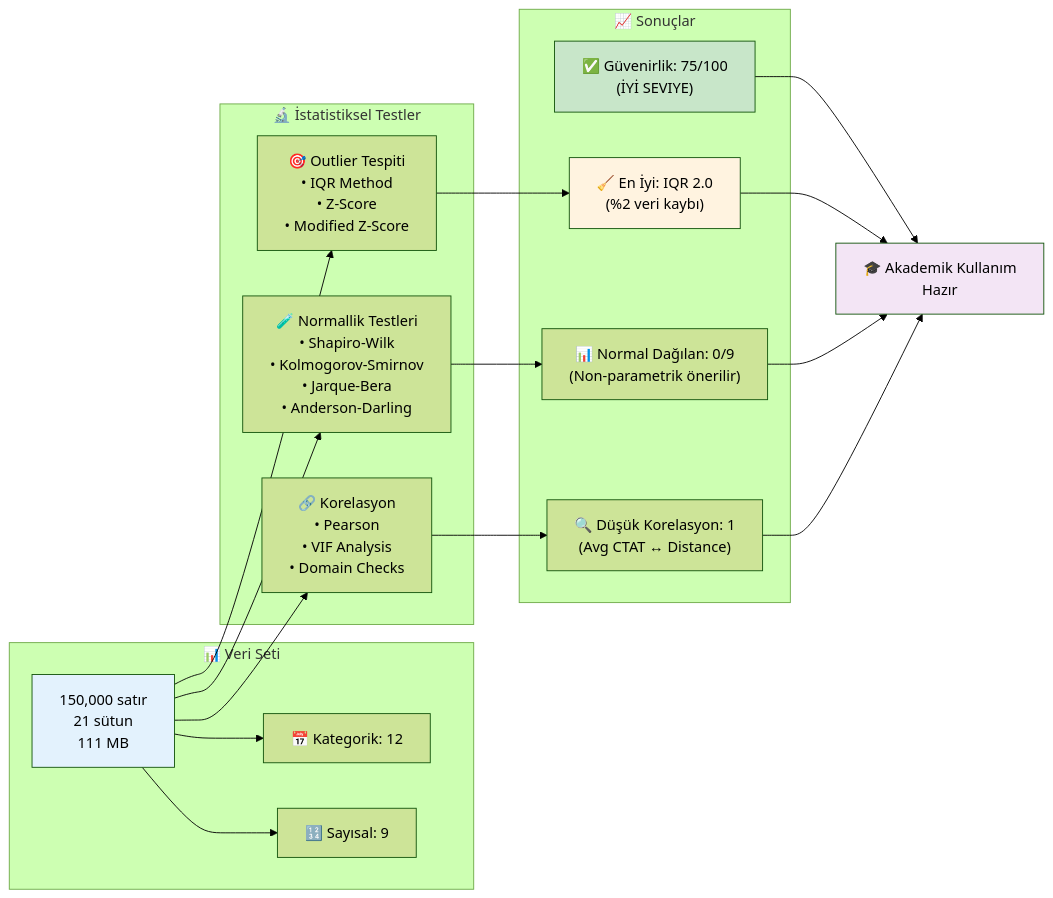
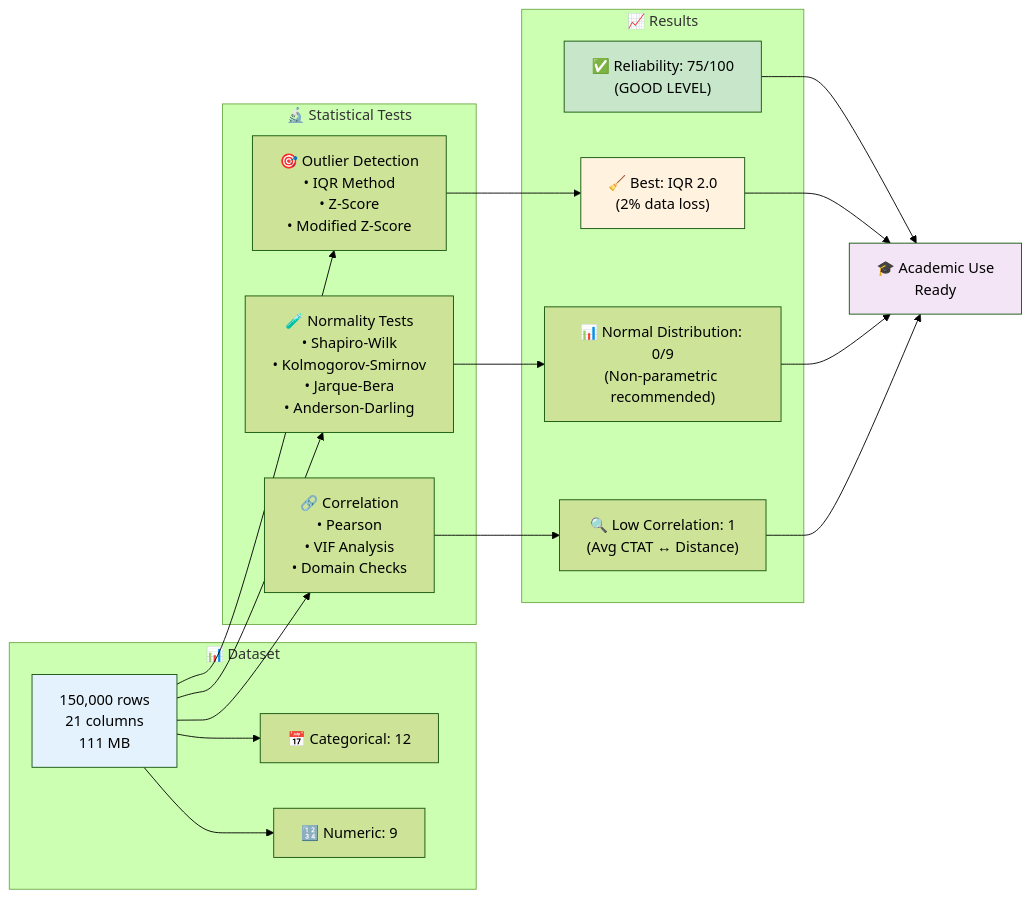
Before and after one commit to Mert13Cagatay/Python_Statistical_Analysis_Uber: the second of 2 diagrams in README.md, drawn with Mermaid (forest theme). The commit also changed other lines of this file, not shown here.

````diff
--- a/README.md
+++ b/README.md
@@ -98,41 +98,41 @@
 ```mermaid
 flowchart LR
-    subgraph "📊 Veri Seti"
-        A["150,000 satır<br/>21 sütun<br/>111 MB"]
-        A1["📅 Kategorik: 12"]
-        A2["🔢 Sayısal: 9"]
+    subgraph "📊 Dataset"
+        A["150,000 rows<br/>21 columns<br/>111 MB"]
+        A1["📅 Categorical: 12"]
+        A2["🔢 Numeric: 9"]
         A --> A1
         A --> A2
     end
     
-    subgraph "🔬 İstatistiksel Testler"
-        B1["🧪 Normallik Testleri<br/>• Shapiro-Wilk<br/>• Kolmogorov-Smirnov<br/>• Jarque-Bera<br/>• Anderson-Darling"]
-        B2["🎯 Outlier Tespiti<br/>• IQR Method<br/>• Z-Score<br/>• Modified Z-Score"]
-        B3["🔗 Korelasyon<br/>• Pearson<br/>• VIF Analysis<br/>• Domain Checks"]
+    subgraph "🔬 Statistical Tests"
+        B1["🧪 Normality Tests<br/>• Shapiro-Wilk<br/>• Kolmogorov-Smirnov<br/>• Jarque-Bera<br/>• Anderson-Darling"]
+        B2["🎯 Outlier Detection<br/>• IQR Method<br/>• Z-Score<br/>• Modified Z-Score"]
+        B3["🔗 Correlation<br/>• Pearson<br/>• VIF Analysis<br/>• Domain Checks"]
     end
     
-    subgraph "📈 Sonuçlar"
-        C1["✅ Güvenirlik: 75/100<br/>(İYİ SEVIYE)"]
-        C2["🧹 En İyi: IQR 2.0<br/>(%2 veri kaybı)"]
-        C3["📊 Normal Dağılan: 0/9<br/>(Non-parametrik önerilir)"]
-        C4["🔍 Düşük Korelasyon: 1<br/>(Avg CTAT ↔ Distance)"]
+    subgraph "📈 Results"
+        C1["✅ Reliability: 75/100<br/>(GOOD LEVEL)"]
+        C2["🧹 Best: IQR 2.0<br/>(2% data loss)"]
+        C3["📊 Normal Distribution: 0/9<br/>(Non-parametric recommended)"]
+        C4["🔍 Low Correlation: 1<br/>(Avg CTAT ↔ Distance)"]
     end
     
     A --> B1
     A --> B2
     A --> B3
     
     B1 --> C3
     B2 --> C2
     B3 --> C4
     
-    C1 --> D["🎓 Akademik Kullanım<br/>Hazır"]
+    C1 --> D["🎓 Academic Use<br/>Ready"]
     C2 --> D
     C3 --> D
     C4 --> D
     
     style A fill:#e3f2fd
     style C1 fill:#c8e6c9
     style C2 fill:#fff3e0
     style D fill:#f3e5f5
 ```
````
